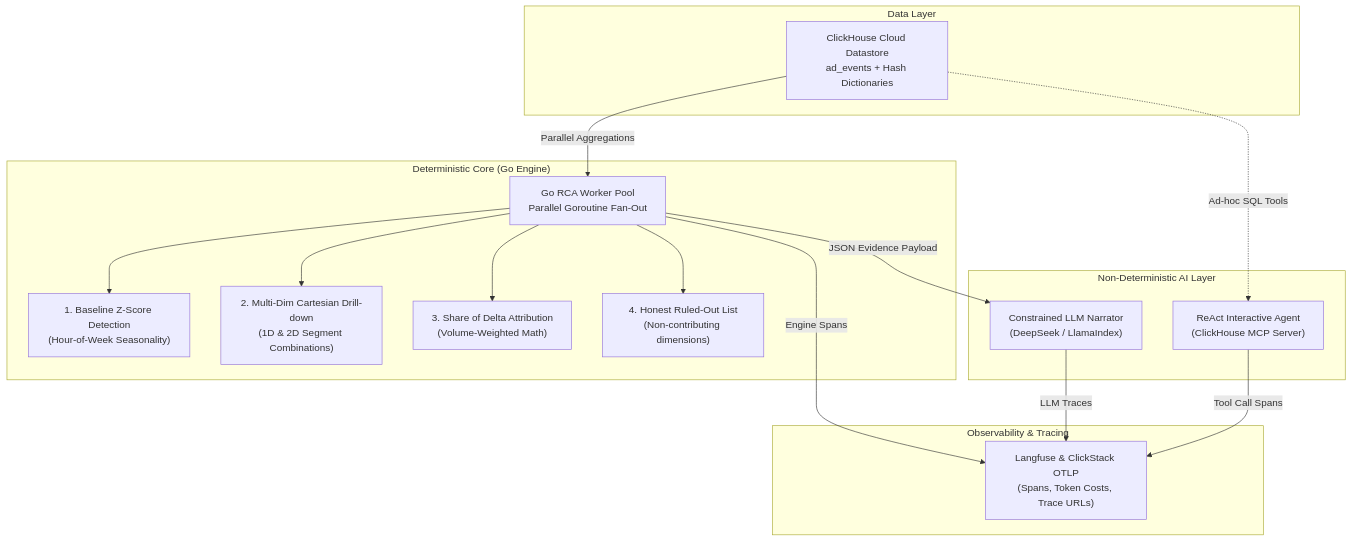
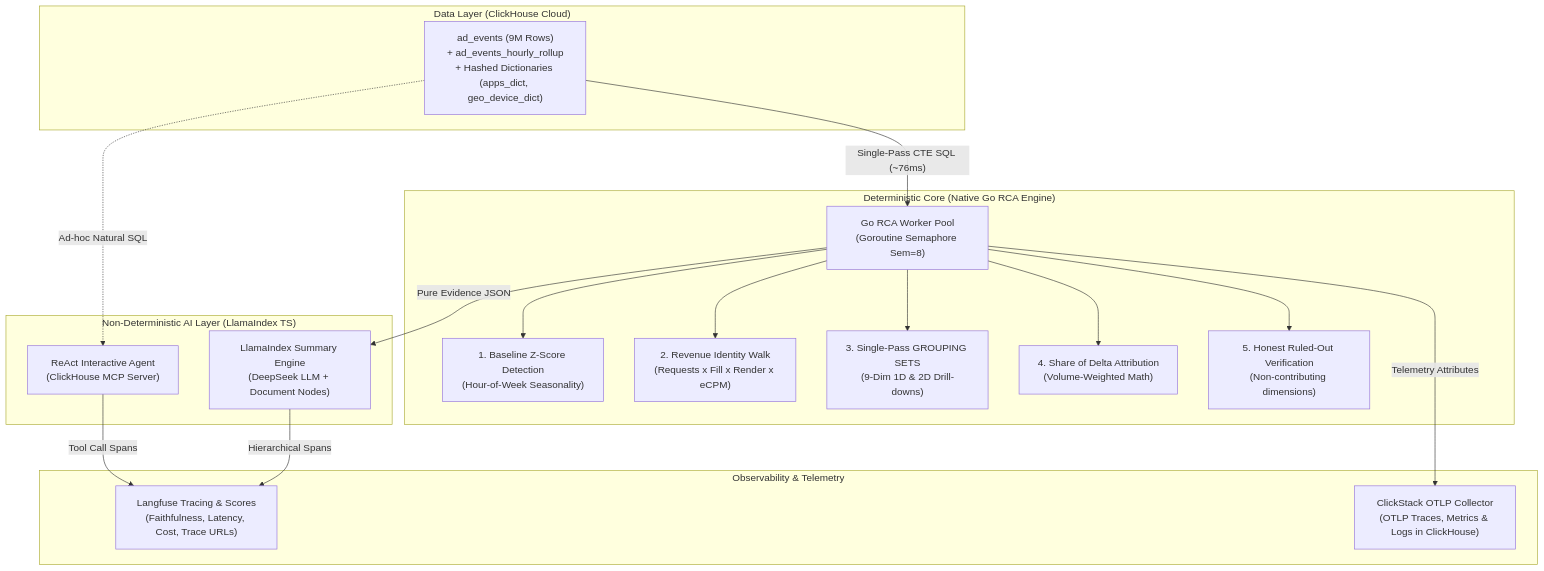
The diagram in README.md (Viswesh934/Peekachu), drawn with Mermaid before and after one commit. The commit also changed other lines of this file and 11 other files, not shown here.

````diff
--- a/README.md
+++ b/README.md
@@ -38,36 +39,39 @@
 ```mermaid
 graph TD
-    subgraph Storage ["Data Layer"]
-        CH["ClickHouse Cloud Datastore<br/>ad_events + Hash Dictionaries"]
+    subgraph Storage ["Data Layer (ClickHouse Cloud)"]
+        CH["ad_events (9M Rows)<br/>+ ad_events_hourly_rollup<br/>+ Hashed Dictionaries (apps_dict, geo_device_dict)"]
     end
 
-    subgraph Deterministic ["Deterministic Core (Go Engine)"]
-        GO["Go RCA Worker Pool<br/>Parallel Goroutine Fan-Out"]
+    subgraph Deterministic ["Deterministic Core (Native Go RCA Engine)"]
+        GO["Go RCA Worker Pool<br/>(Goroutine Semaphore Sem=8)"]
         Z["1. Baseline Z-Score Detection<br/>(Hour-of-Week Seasonality)"]
-        D["2. Multi-Dim Cartesian Drill-down<br/>(1D & 2D Segment Combinations)"]
-        S["3. Share of Delta Attribution<br/>(Volume-Weighted Math)"]
-        R["4. Honest Ruled-Out List<br/>(Non-contributing dimensions)"]
+        F["2. Revenue Identity Walk<br/>(Requests x Fill x Render x eCPM)"]
+        D["3. Single-Pass GROUPING SETS<br/>(9-Dim 1D & 2D Drill-downs)"]
+        S["4. Share of Delta Attribution<br/>(Volume-Weighted Math)"]
+        R["5. Honest Ruled-Out Verification<br/>(Non-contributing dimensions)"]
         
         GO --> Z
+        GO --> F
         GO --> D
         GO --> S
         GO --> R
     end
 
-    subgraph NonDeterministic ["Non-Deterministic AI Layer"]
-        LLM["Constrained LLM Narrator<br/>(DeepSeek / LlamaIndex)"]
+    subgraph NonDeterministic ["Non-Deterministic AI Layer (LlamaIndex TS)"]
+        LI["LlamaIndex Summary Engine<br/>(DeepSeek LLM + Document Nodes)"]
         AGENT["ReAct Interactive Agent<br/>(ClickHouse MCP Server)"]
     end
 
-    subgraph Observability ["Observability & Tracing"]
-        LF["Langfuse & ClickStack OTLP<br/>(Spans, Token Costs, Trace URLs)"]
+    subgraph Observability ["Observability & Telemetry"]
+        LF["Langfuse Tracing & Scores<br/>(Faithfulness, Latency, Cost, Trace URLs)"]
+        CS["ClickStack OTLP Collector<br/>(OTLP Traces, Metrics & Logs in ClickHouse)"]
     end
 
-    CH -->|"Parallel Aggregations"| GO
-    GO -->|"JSON Evidence Payload"| LLM
-    CH -.->|"Ad-hoc SQL Tools"| AGENT
+    CH -->|"Single-Pass CTE SQL (~76ms)"| GO
+    GO -->|"Pure Evidence JSON"| LI
+    CH -.->|"Ad-hoc Natural SQL"| AGENT
     
-    GO -->|"Engine Spans"| LF
-    LLM -->|"LLM Traces"| LF
+    GO -->|"Telemetry Attributes"| CS
+    LI -->|"Hierarchical Spans"| LF
     AGENT -->|"Tool Call Spans"| LF
 ```
````
